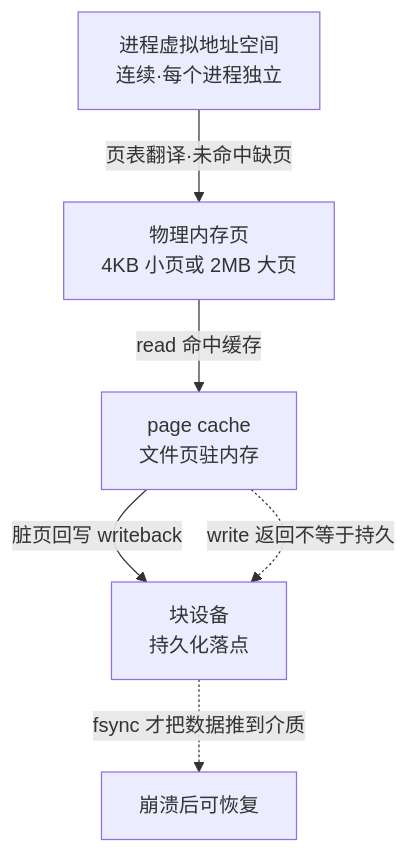
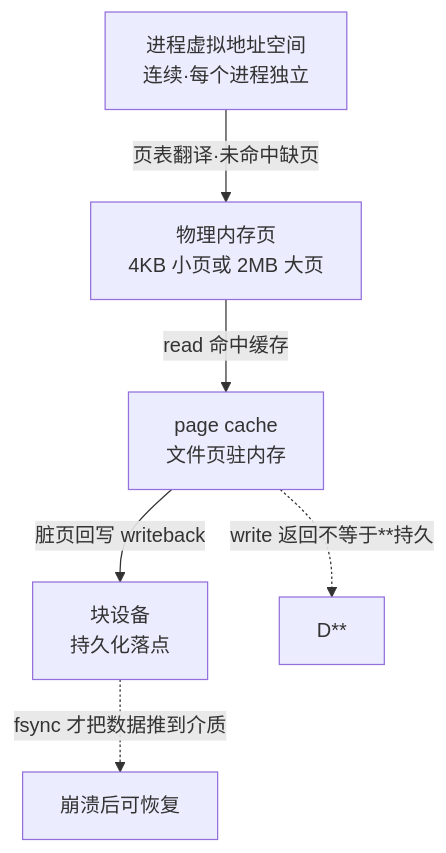
One commit to hub138/technical-knowledge changed the diagram in vault/工程知识/性能工程：从用户等待到资源瓶颈/操作系统与运行时/虚拟内存与文件系统把地址和持久化分层.md. Above: the diagram before and after it, drawn with Mermaid. The commit also changed other lines of this file and 622 other files, not shown here.

````diff
--- a/vault/工程知识/性能工程：从用户等待到资源瓶颈/操作系统与运行时/虚拟内存与文件系统把地址和持久化分层.md
+++ b/vault/工程知识/性能工程：从用户等待到资源瓶颈/操作系统与运行时/虚拟内存与文件系统把地址和持久化分层.md
@@ -72,8 +49,8 @@
 ```mermaid
 graph TD
     V["进程虚拟地址空间<br/>连续·每个进程独立"] -->|"页表翻译·未命中缺页"| P["物理内存页<br/>4KB 小页或 2MB 大页"]
     P -->|"read 命中缓存"| C["page cache<br/>文件页驻内存"]
     C -->|"脏页回写 writeback"| D["块设备<br/>持久化落点"]
-    C -.->|"write 返回不等于持久"| D
+    C -.->|"write 返回不等于**持久"| D**
     D -.->|"fsync 才把数据推到介质"| D2["崩溃后可恢复"]
 ```
````
